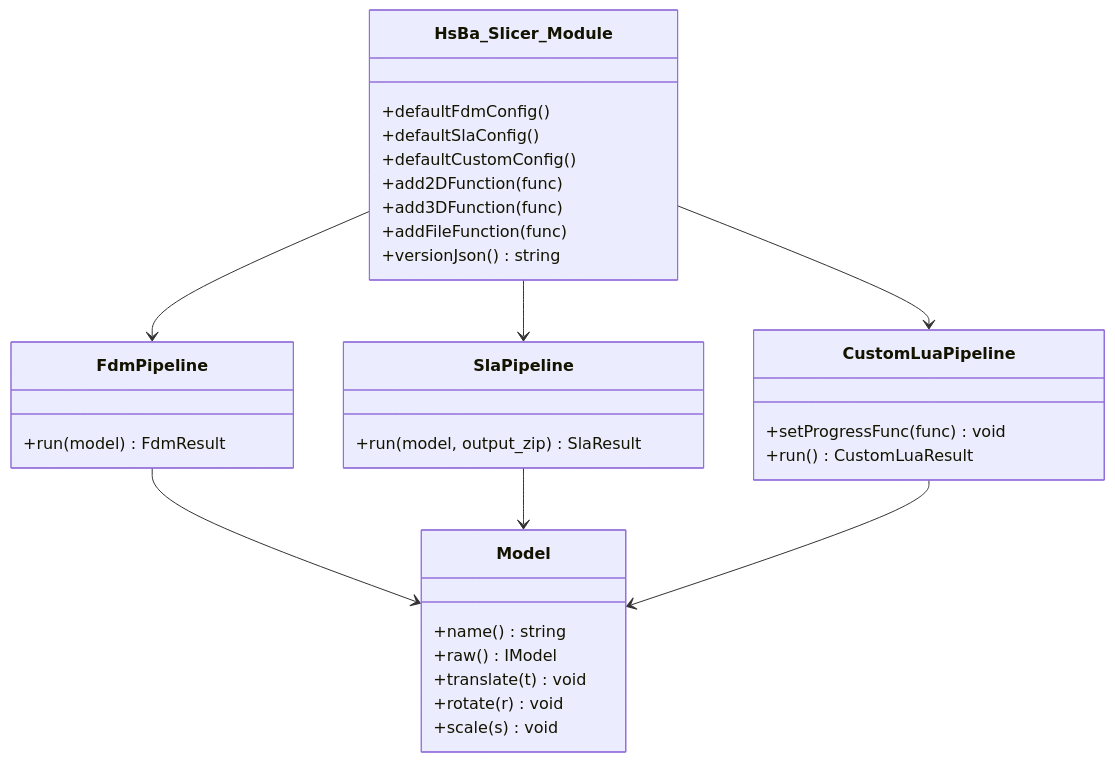
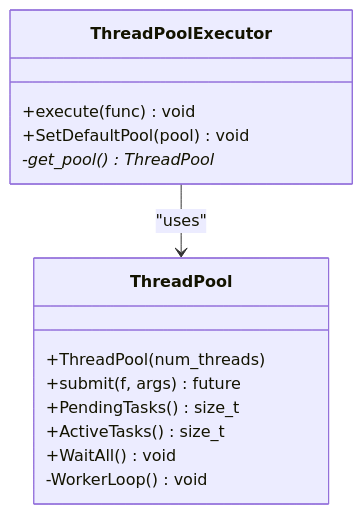
Before and after one commit to hsmbanlance/HsBaSlicer: diagram 11 of 13 in .qoder/repowiki/en/content/Architecture Overview.md, drawn with Mermaid. The commit also changed other lines of this file and 1095 other files, not shown here.

````diff
--- a/.qoder/repowiki/en/content/Architecture Overview.md
+++ b/.qoder/repowiki/en/content/Architecture Overview.md
@@ -357,35 +568,17 @@
 ```mermaid
 classDiagram
-class HsBa_Slicer_Module {
-+defaultFdmConfig()
-+defaultSlaConfig()
-+defaultCustomConfig()
-+add2DFunction(func)
-+add3DFunction(func)
-+addFileFunction(func)
-+versionJson() string
+class ThreadPool {
++ThreadPool(num_threads)
++submit(f, args) future
++PendingTasks() size_t
++ActiveTasks() size_t
++WaitAll() void
+-WorkerLoop() void
 }
-class Model {
-+name() string
-+raw() IModel
-+translate(t) void
-+rotate(r) void
-+scale(s) void
+class ThreadPoolExecutor {
++execute(func) void
++SetDefaultPool(pool) void
+-get_pool() ThreadPool*
 }
-class FdmPipeline {
-+run(model) FdmResult
-}
-class SlaPipeline {
-+run(model, output_zip) SlaResult
-}
-class CustomLuaPipeline {
-+setProgressFunc(func) void
-+run() CustomLuaResult
-}
-HsBa_Slicer_Module --> FdmPipeline
-HsBa_Slicer_Module --> SlaPipeline
-HsBa_Slicer_Module --> CustomLuaPipeline
-FdmPipeline --> Model
-SlaPipeline --> Model
-CustomLuaPipeline --> Model
+ThreadPoolExecutor --> ThreadPool : "uses"
 ```
````
